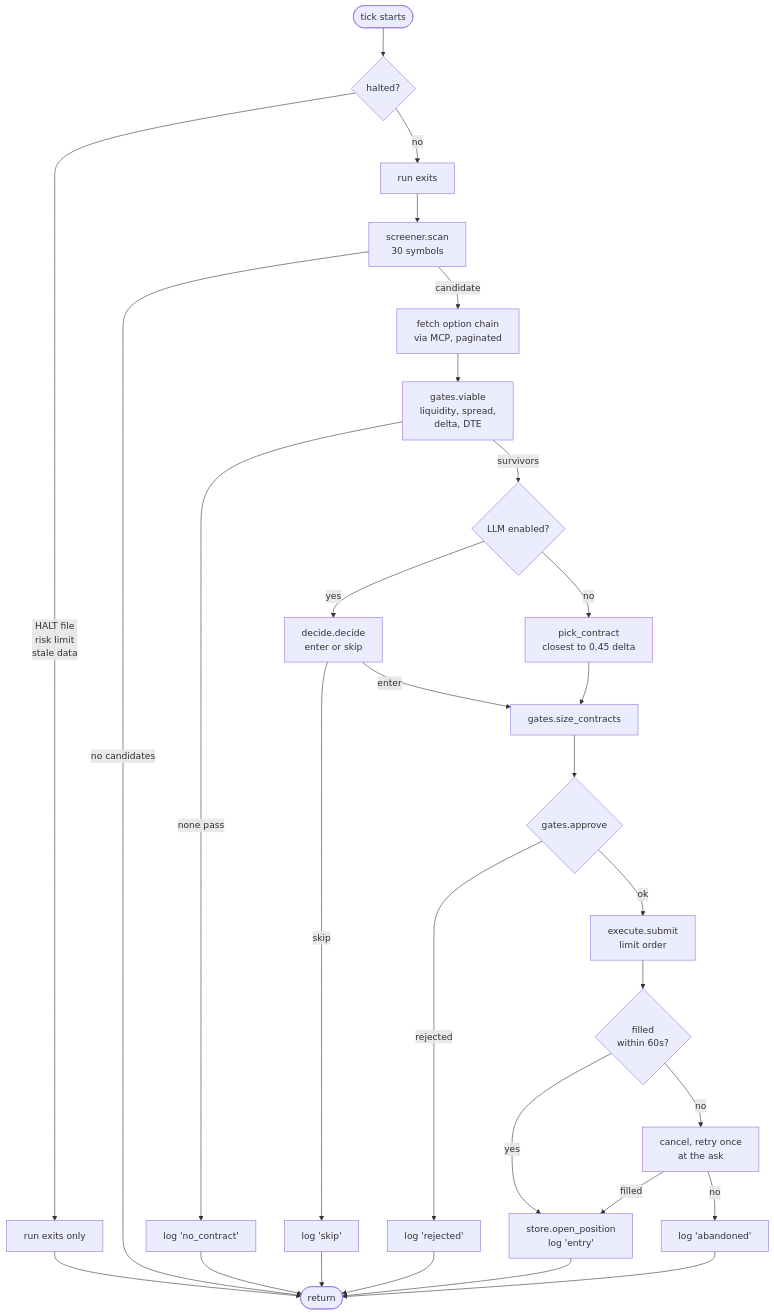
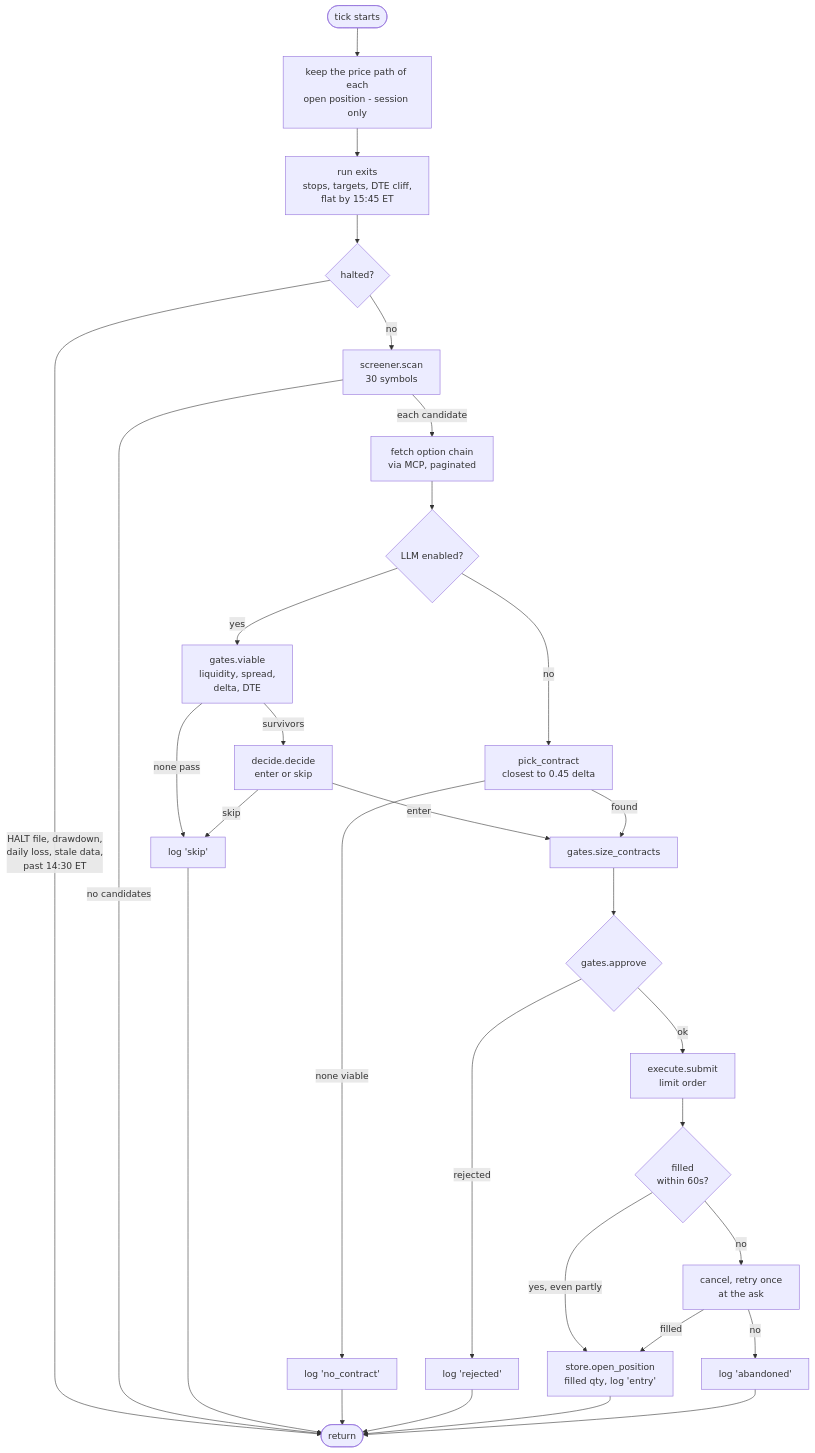
The second of 4 diagrams in README.md (himanshu2394i/Alpaca), drawn with Mermaid before and after one commit. The commit also changed other lines of this file and 1 other file, not shown here.

First line of the commit message:
docs: redraw the README diagrams from the code and test them against it

````diff
--- a/README.md
+++ b/README.md
@@ -167,33 +167,34 @@
 ```mermaid
 flowchart TD
-    START([tick starts]) --> HALT{halted?}
-    HALT -->|HALT file<br/>risk limit<br/>stale data| EXITONLY[run exits only]
-    HALT -->|no| EXITS[run exits]
-
-    EXITONLY --> STOP([return])
-    EXITS --> SCAN[screener.scan<br/>30 symbols]
+    START([tick starts]) --> TICKS[keep the price path of each<br/>open position - session only]
+    TICKS --> EXITS[run exits<br/>stops, targets, DTE cliff,<br/>flat by 15:45 ET]
+    EXITS --> HALT{halted?}
+    HALT -->|"HALT file, drawdown,<br/>daily loss, stale data,<br/>past 14:30 ET"| STOP([return])
+    HALT -->|no| SCAN[screener.scan<br/>30 symbols]
 
     SCAN -->|no candidates| STOP
-    SCAN -->|candidate| CHAIN[fetch option chain<br/>via MCP, paginated]
-    CHAIN --> VIABLE[gates.viable<br/>liquidity, spread,<br/>delta, DTE]
+    SCAN -->|each candidate| CHAIN[fetch option chain<br/>via MCP, paginated]
+    CHAIN --> MODE{LLM enabled?}
 
-    VIABLE -->|none pass| LOGNC[log 'no_contract'] --> STOP
-    VIABLE -->|survivors| MODE{LLM enabled?}
+    MODE -->|yes| VIABLE[gates.viable<br/>liquidity, spread,<br/>delta, DTE]
+    VIABLE -->|none pass| LOGSKIP[log 'skip']
+    VIABLE -->|survivors| DECIDE[decide.decide<br/>enter or skip]
+    DECIDE -->|skip| LOGSKIP
+    DECIDE -->|enter| SIZE
 
-    MODE -->|yes| DECIDE[decide.decide<br/>enter or skip]
     MODE -->|no| PICK[pick_contract<br/>closest to 0.45 delta]
+    PICK -->|none viable| LOGNC[log 'no_contract']
+    PICK -->|found| SIZE[gates.size_contracts]
 
-    DECIDE -->|skip| LOGSKIP[log 'skip'] --> STOP
-    DECIDE -->|enter| SIZE
-    PICK --> SIZE[gates.size_contracts]
-
+    LOGSKIP --> STOP
+    LOGNC --> STOP
     SIZE --> APPROVE{gates.approve}
     APPROVE -->|rejected| LOGREJ[log 'rejected'] --> STOP
     APPROVE -->|ok| ORDER[execute.submit<br/>limit order]
 
     ORDER --> POLL{filled<br/>within 60s?}
-    POLL -->|yes| OPEN[store.open_position<br/>log 'entry'] --> STOP
+    POLL -->|yes, even partly| OPEN[store.open_position<br/>filled qty, log 'entry'] --> STOP
     POLL -->|no| RETRY[cancel, retry once<br/>at the ask]
     RETRY -->|filled| OPEN
     RETRY -->|no| ABANDON[log 'abandoned'] --> STOP
 ```
````
